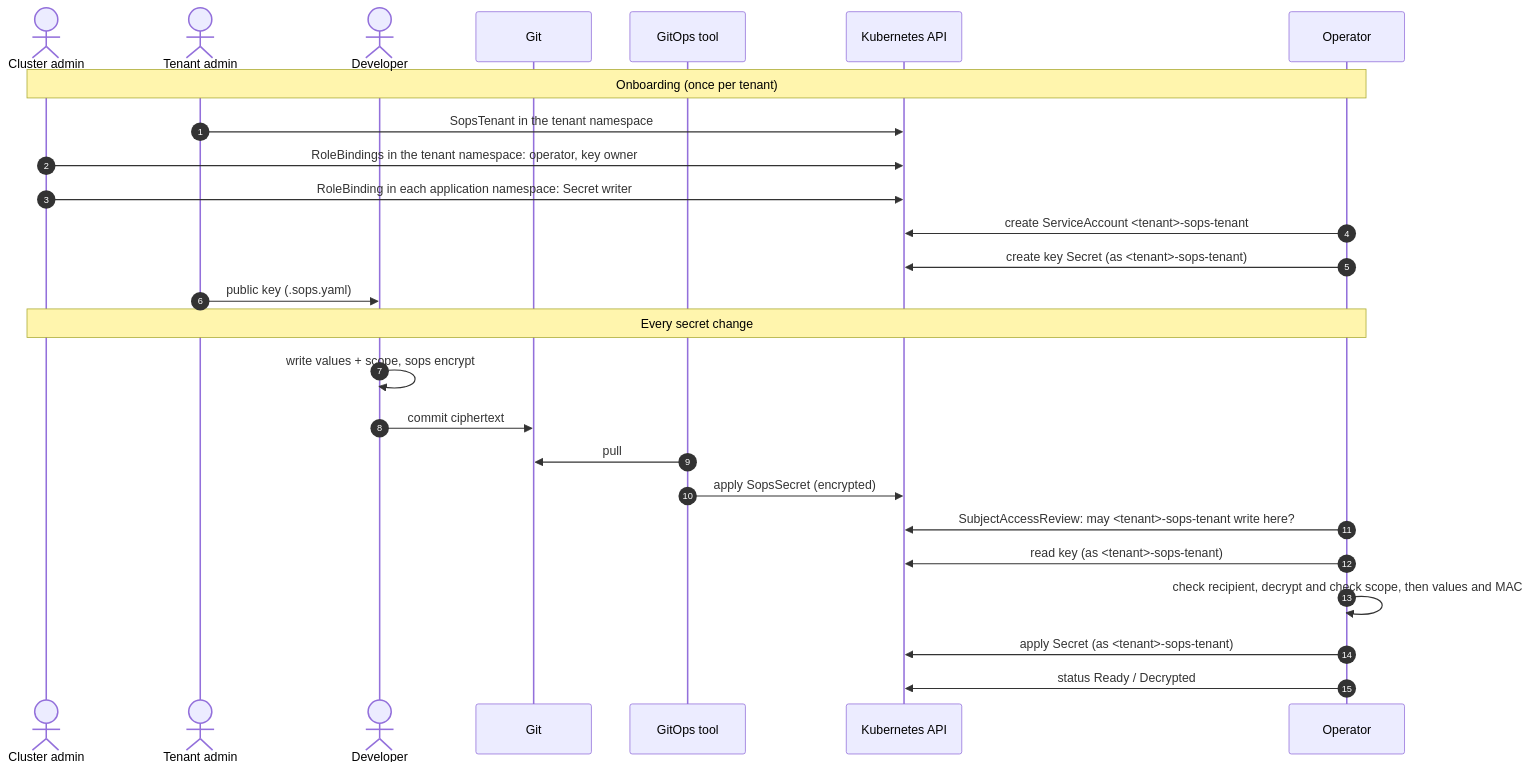
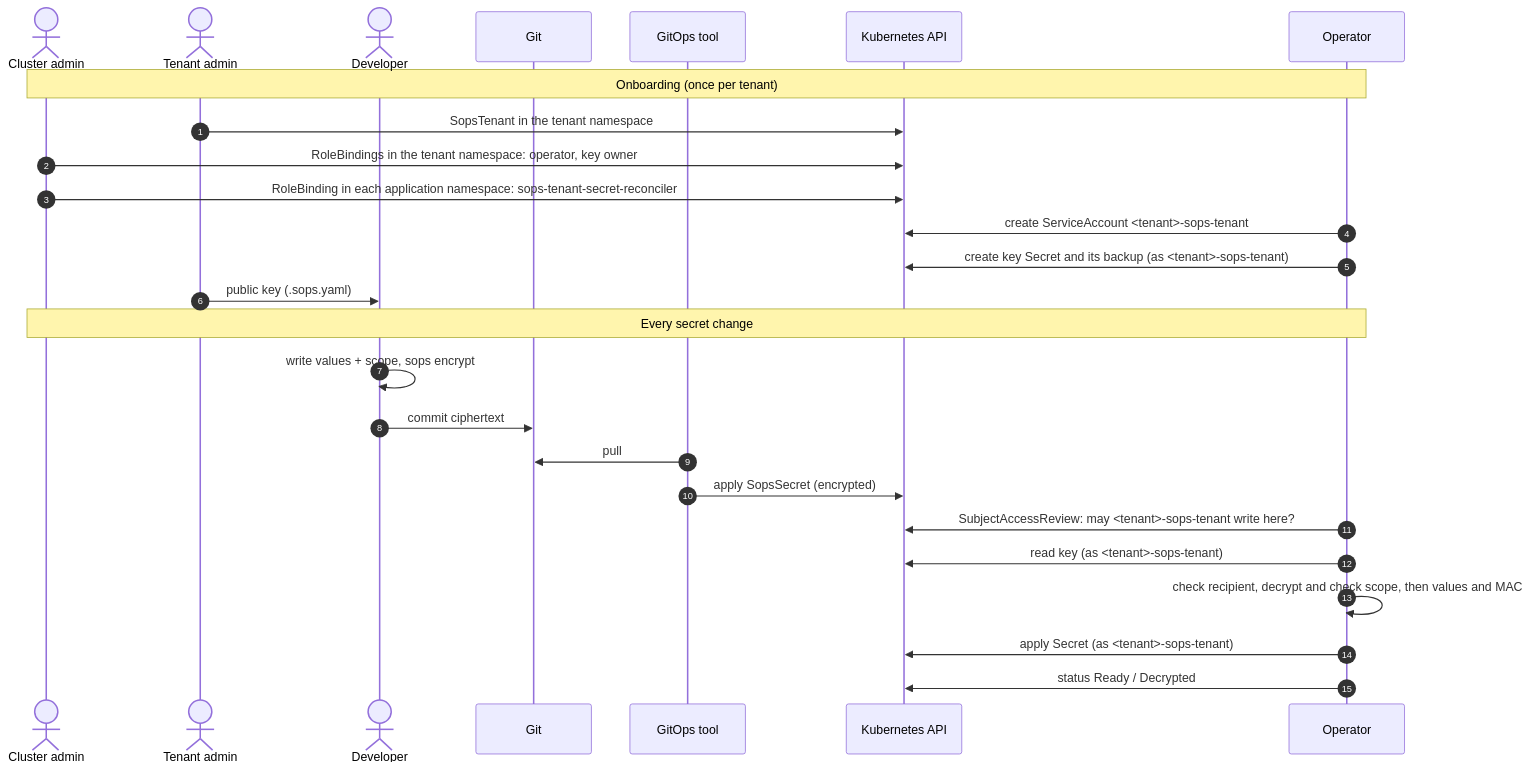
One commit to stakater/sops-operator changed the second of 3 diagrams in DESIGN.md. Above: the diagram before and after it, drawn with Mermaid. The commit also changed other lines of this file and 4 other files, not shown here.

First line of the commit message:
Document key backups, output Secret restore and GitOps key rotation

````diff
--- a/DESIGN.md
+++ b/DESIGN.md
@@ -183,30 +186,30 @@
 ```mermaid
 sequenceDiagram
     autonumber
     actor CA as Cluster admin
     actor TA as Tenant admin
     actor DEV as Developer
     participant GIT as Git
     participant GO as GitOps tool
     participant API as Kubernetes API
     participant OP as Operator
 
     Note over CA,OP: Onboarding (once per tenant)
     TA->>API: SopsTenant in the tenant namespace
     CA->>API: RoleBindings in the tenant namespace: operator, key owner
-    CA->>API: RoleBinding in each application namespace: Secret writer
+    CA->>API: RoleBinding in each application namespace: sops-tenant-secret-reconciler
     OP->>API: create ServiceAccount #lt;tenant#gt;-sops-tenant
-    OP->>API: create key Secret (as #lt;tenant#gt;-sops-tenant)
+    OP->>API: create key Secret and its backup (as #lt;tenant#gt;-sops-tenant)
     TA->>DEV: public key (.sops.yaml)
 
     Note over CA,OP: Every secret change
     DEV->>DEV: write values + scope, sops encrypt
     DEV->>GIT: commit ciphertext
     GO->>GIT: pull
     GO->>API: apply SopsSecret (encrypted)
     OP->>API: SubjectAccessReview: may #lt;tenant#gt;-sops-tenant write here?
     OP->>API: read key (as #lt;tenant#gt;-sops-tenant)
     OP->>OP: check recipient, decrypt and check scope, then values and MAC
     OP->>API: apply Secret (as #lt;tenant#gt;-sops-tenant)
     OP->>API: status Ready / Decrypted
 ```
````
